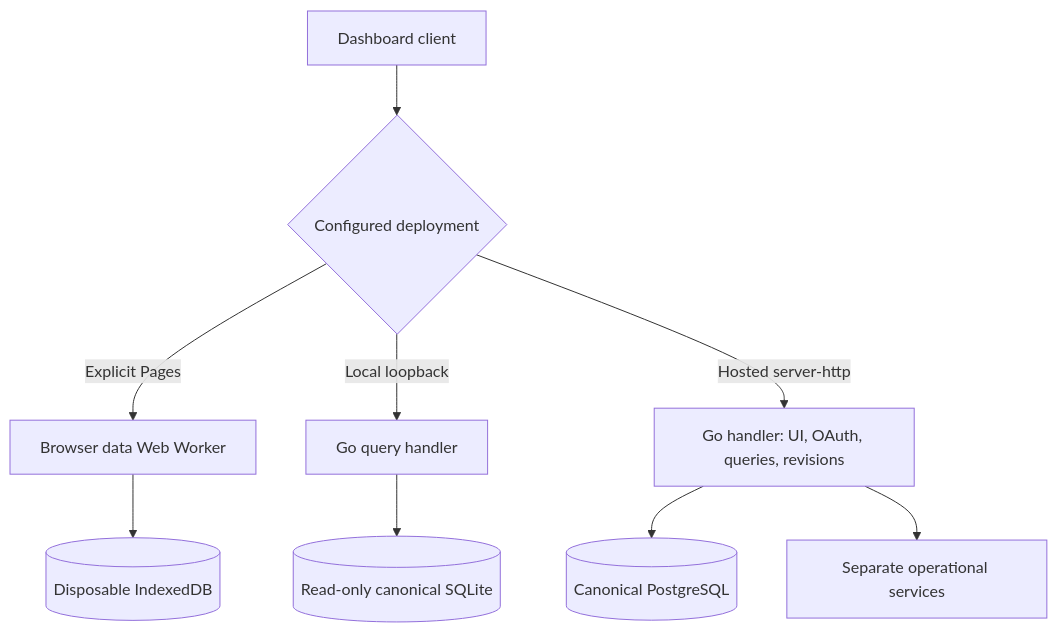
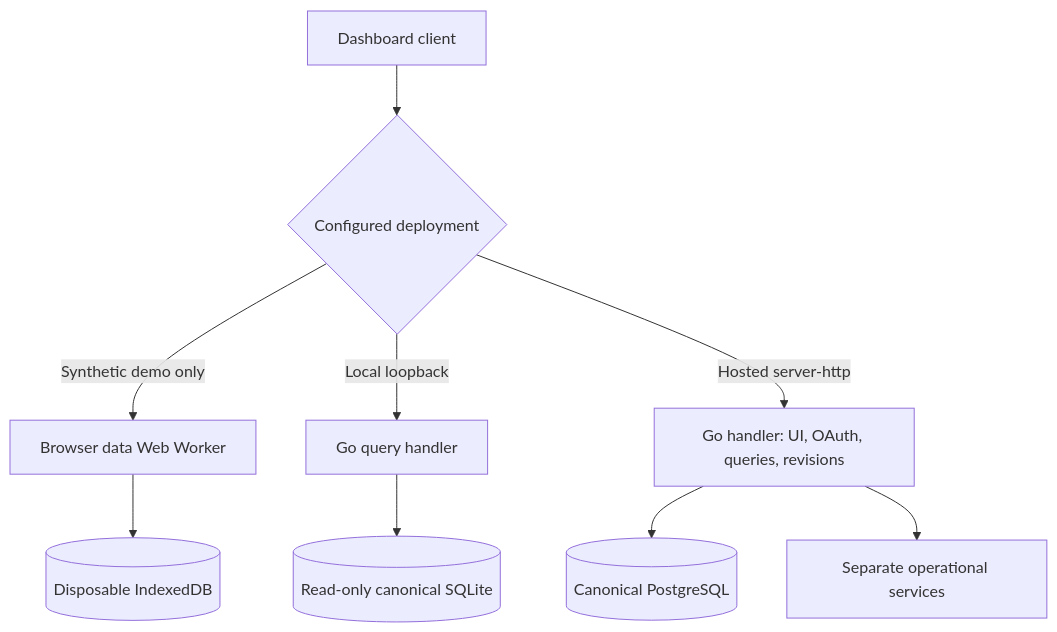
Before and after one commit to githubnext/gh-cao: the second of 15 diagrams in docs/dashboard-data-architecture.md, drawn with Mermaid. The commit also changed other lines of this file and 145 other files, not shown here.

First line of the commit message:
Separate operational dashboard data from the synthetic Pages demo

````diff
--- a/docs/dashboard-data-architecture.md
+++ b/docs/dashboard-data-architecture.md
@@ -68,13 +68,13 @@
 ```mermaid
 flowchart TB
   accTitle: Three explicitly selected serving topologies
-  accDescr: Pages queries browser IndexedDB through a worker. Local serving queries read-only SQLite through Go. Hosted serving queries PostgreSQL through the same-origin Go handler.
+  accDescr: The synthetic Pages demo queries isolated browser IndexedDB through a worker. Real local snapshots use SQLite through Go. Production serving queries PostgreSQL through the same-origin Go handler.
   Browser["Dashboard client"] --> Selection{"Configured deployment"}
-  Selection -->|Explicit Pages| Worker["Browser data Web Worker"]
+  Selection -->|Synthetic demo only| Worker["Browser data Web Worker"]
   Worker --> IDB[("Disposable IndexedDB")]
   Selection -->|Local loopback| Local["Go query handler"]
   Local --> SQLite[("Read-only canonical SQLite")]
   Selection -->|Hosted server-http| Hosted["Go handler: UI, OAuth, queries, revisions"]
   Hosted --> PG[("Canonical PostgreSQL")]
   Hosted --> Ops["Separate operational services"]
 ```
````
